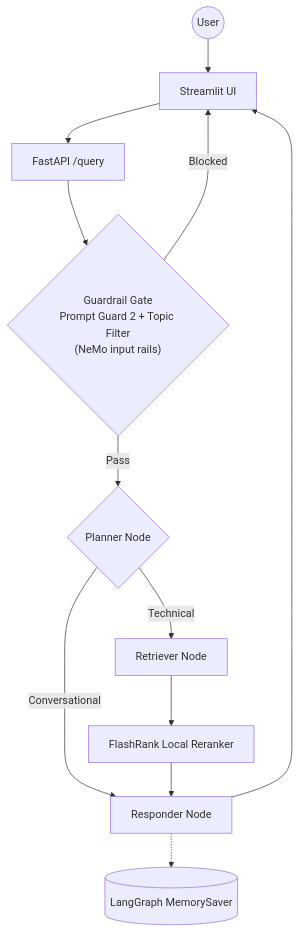
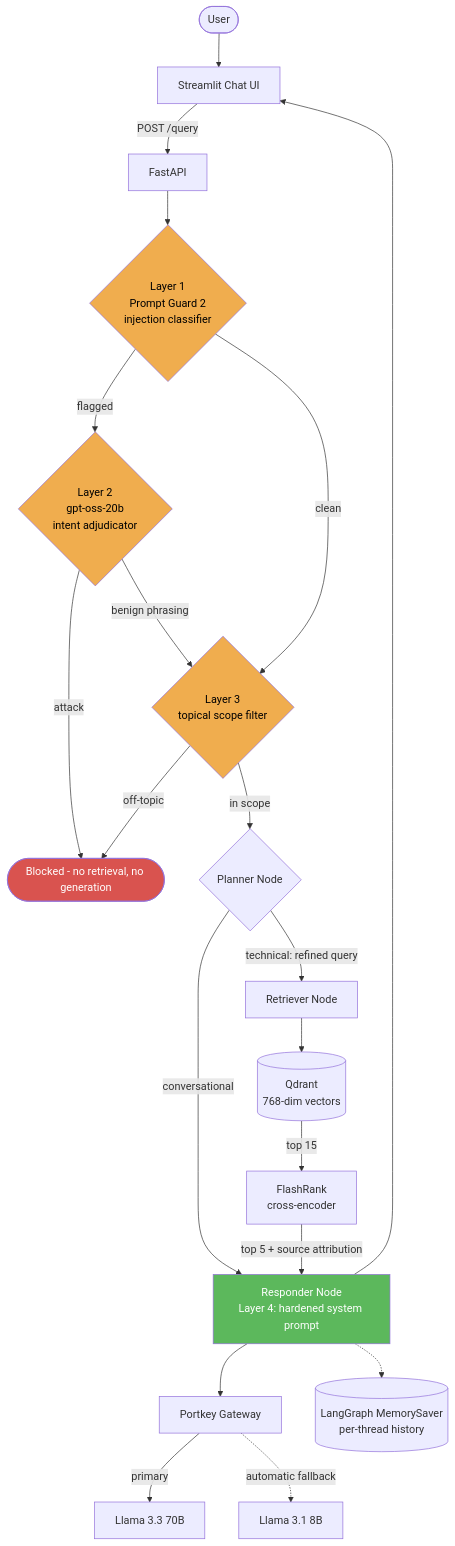
One commit to Arnav020/Sentinel-RAG changed the first of 4 diagrams in README.md. Above: the diagram before and after it, drawn with Mermaid. The commit also changed other lines of this file, not shown here.

````diff
--- a/README.md
+++ b/README.md
@@ -21,14 +142,31 @@
 ```mermaid
-graph TD
-    User((User)) --> UI[Streamlit UI]
-    UI --> API[FastAPI /query]
-    API --> Guard{"Guardrail Gate<br/>Prompt Guard 2 + Topic Filter<br/>(NeMo input rails)"}
-    Guard -->|Blocked| UI
-    Guard -->|Pass| Planner{Planner Node}
-    Planner -->|Conversational| Responder[Responder Node]
-    Planner -->|Technical| Retriever[Retriever Node]
-    Retriever --> Reranker[FlashRank Local Reranker]
-    Reranker --> Responder
-    Responder --> UI
-    Responder -.-> Memory[(LangGraph MemorySaver)]
+flowchart TD
+    User([User]) --> UI[Streamlit Chat UI]
+    UI -->|POST /query| API[FastAPI]
+
+    API --> G1{"Layer 1<br/>Prompt Guard 2<br/>injection classifier"}
+    G1 -->|flagged| G2{"Layer 2<br/>gpt-oss-20b<br/>intent adjudicator"}
+    G1 -->|clean| G3
+    G2 -->|attack| BLOCK([Blocked - no retrieval, no generation])
+    G2 -->|benign phrasing| G3
+    G3{"Layer 3<br/>topical scope filter"} -->|off-topic| BLOCK
+    G3 -->|in scope| PLAN
+
+    PLAN{Planner Node} -->|conversational| RESP
+    PLAN -->|technical: refined query| RETR[Retriever Node]
+    RETR --> QD[(Qdrant<br/>768-dim vectors)]
+    QD -->|top 15| RERANK[FlashRank<br/>cross-encoder]
+    RERANK -->|top 5 + source attribution| RESP
+
+    RESP[Responder Node<br/>Layer 4: hardened system prompt] --> GW[Portkey Gateway]
+    GW -->|primary| P[Llama 3.3 70B]
+    GW -.->|automatic fallback| F[Llama 3.1 8B]
+    RESP --> UI
+    RESP -.-> MEM[(LangGraph MemorySaver<br/>per-thread history)]
+
+    style BLOCK fill:#d9534f,color:#fff
+    style G1 fill:#f0ad4e,color:#000
+    style G2 fill:#f0ad4e,color:#000
+    style G3 fill:#f0ad4e,color:#000
+    style RESP fill:#5cb85c,color:#fff
 ```
````
